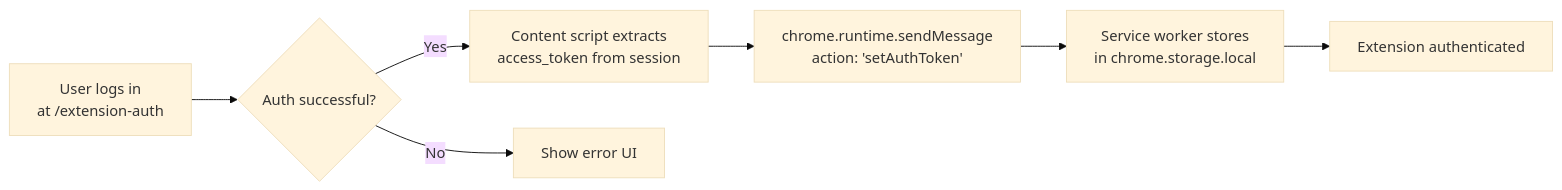
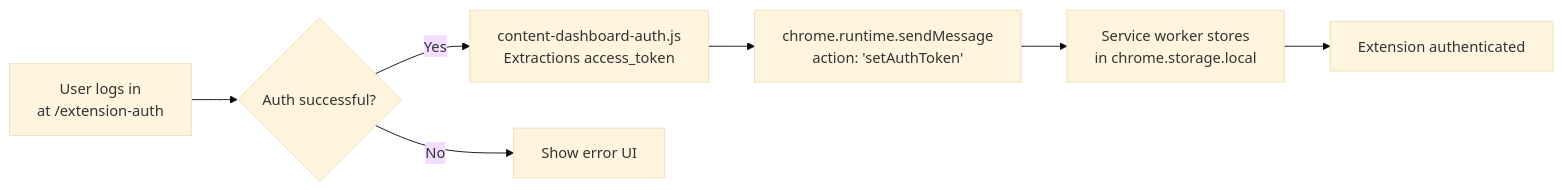
Before and after one commit to HackamViGo/Chat-Organizer: the second of 3 diagrams in docs/technical/SYNC_PROTOCOL.md, drawn with Mermaid (base theme). The commit also changed other lines of this file and 96 other files, not shown here.

````diff
--- a/docs/technical/SYNC_PROTOCOL.md
+++ b/docs/technical/SYNC_PROTOCOL.md
@@ -60,9 +50,9 @@
 ```mermaid
 flowchart LR
     A[User logs in<br/>at /extension-auth] --> B{Auth successful?}
-    B -->|Yes| C[Content script extracts<br/>access_token from session]
+    B -->|Yes| C[content-dashboard-auth.js<br/>Extractions access_token]
     C --> D[chrome.runtime.sendMessage<br/>action: 'setAuthToken']
     D --> E[Service worker stores<br/>in chrome.storage.local]
     E --> F[Extension authenticated]
     B -->|No| G[Show error UI]
 ```
````
